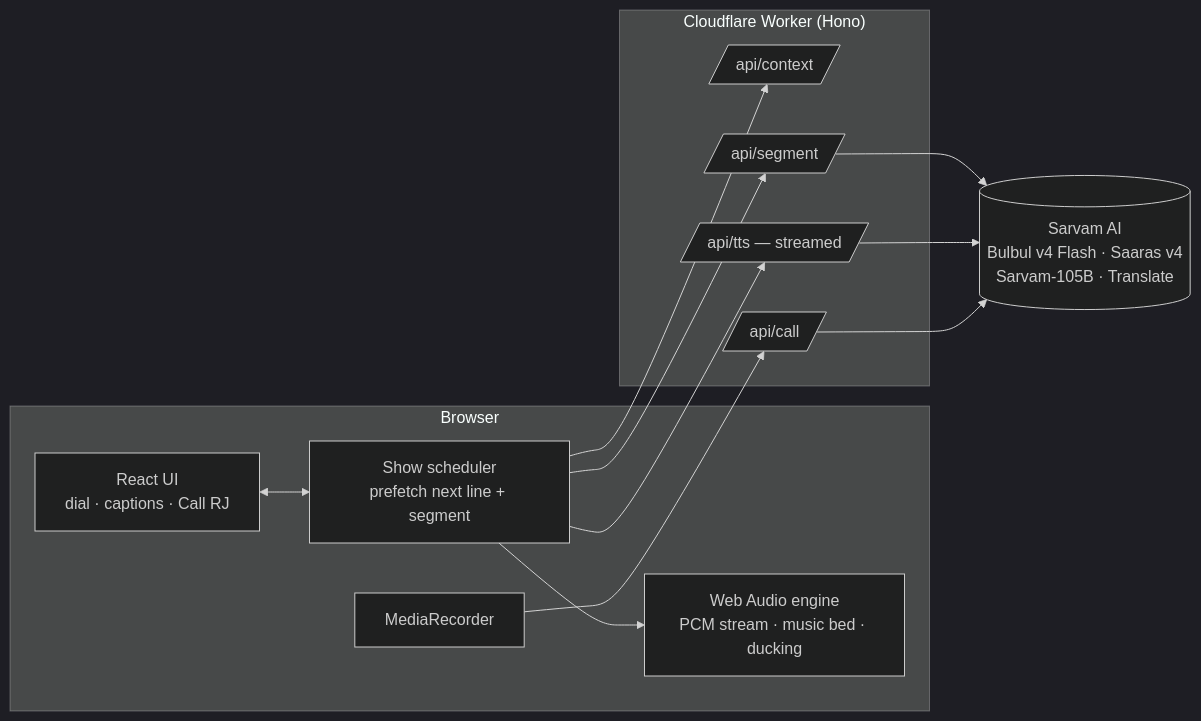
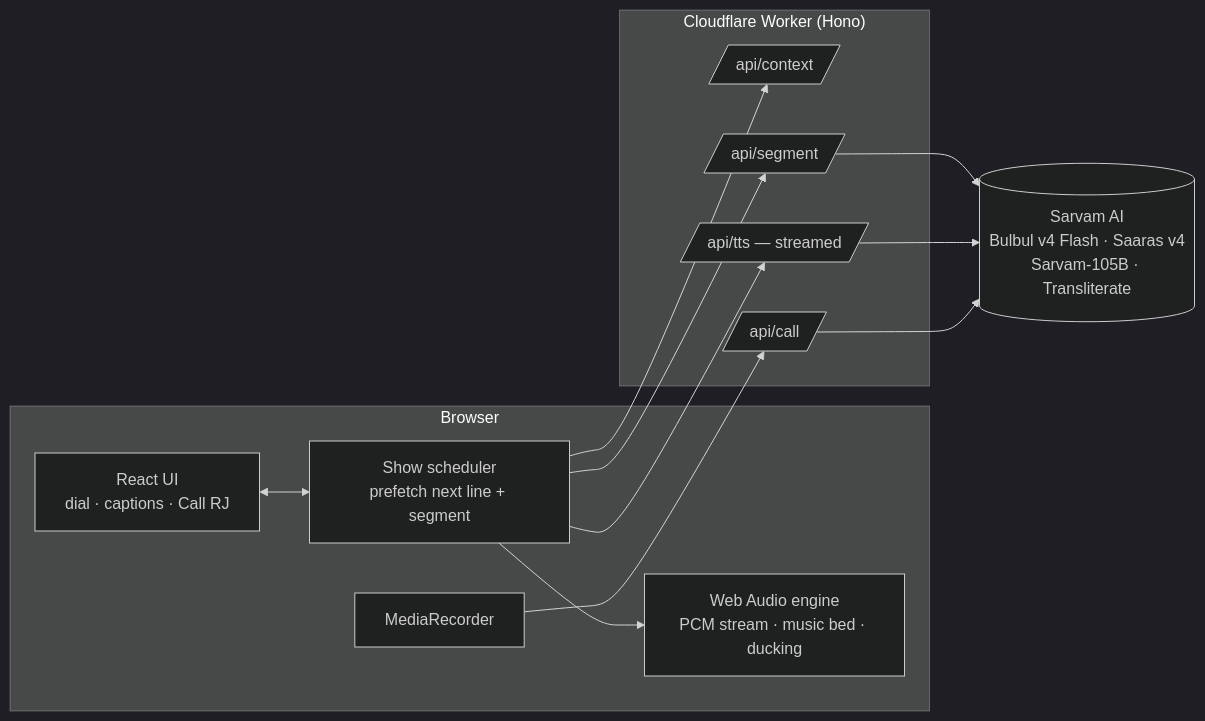
One commit to harshbhx/tarang-fm changed the fourth of 5 diagrams in README.md. Above: the diagram before and after it, drawn with Mermaid (dark theme). The commit also changed other lines of this file and 5 other files, not shown here.

````diff
--- a/README.md
+++ b/README.md
@@ -131,20 +152,20 @@
 ```mermaid
 flowchart LR
   subgraph Browser
     UI[React UI<br/>dial · captions · Call RJ]
     SCH[Show scheduler<br/>prefetch next line + segment]
     ENG[Web Audio engine<br/>PCM stream · music bed · ducking]
     MIC[MediaRecorder]
   end
   subgraph Worker["Cloudflare Worker (Hono)"]
     CTX[/api/context/]
     SEG[/api/segment/]
     TTS[/api/tts — streamed/]
     CALL[/api/call/]
   end
-  SAR[(Sarvam AI<br/>Bulbul v4 Flash · Saaras v4<br/>Sarvam-105B · Translate)]
+  SAR[(Sarvam AI<br/>Bulbul v4 Flash · Saaras v4<br/>Sarvam-105B · Transliterate)]
   UI <--> SCH --> ENG
   SCH --> CTX & SEG & TTS
   MIC --> CALL
   SEG & TTS & CALL --> SAR
 ```
````
